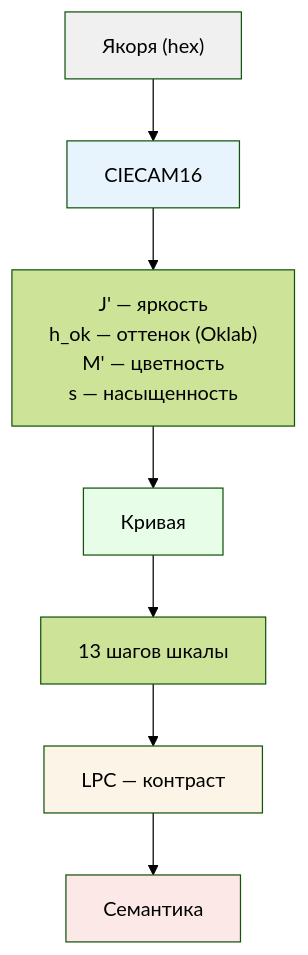
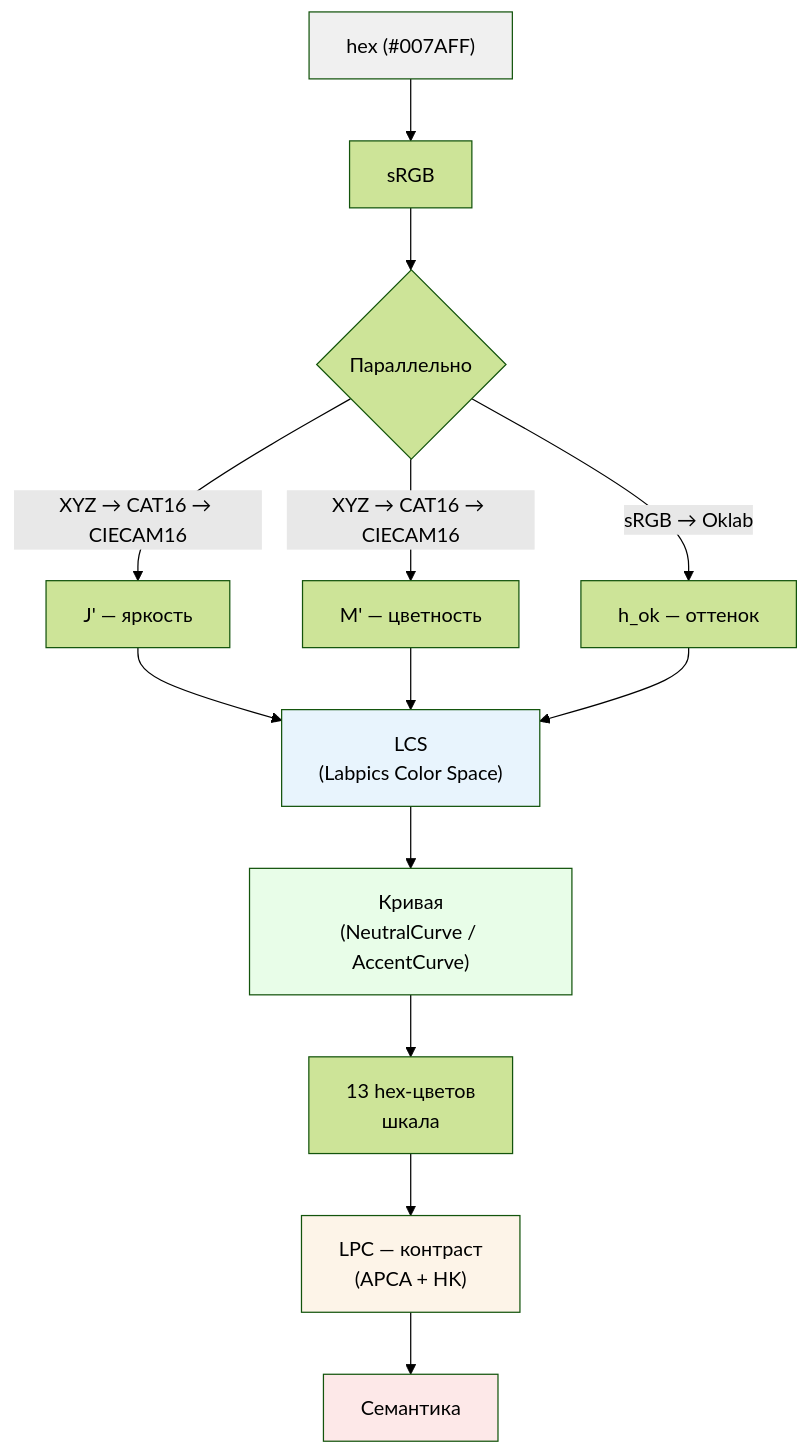
The first of 4 diagrams in README.md (Labpics-Team/lab-colors), drawn with Mermaid (forest theme) before and after one commit. The commit also changed other lines of this file, not shown here.

Commit message:
docs: add LCS (Labpics Color Space) as core concept, explain CAM16-UCS rescaling and Oklab hue split

````diff
--- a/README.md
+++ b/README.md
@@ -19,15 +19,21 @@
 ```mermaid
 graph TD
-    A["Якоря (hex)"] --> B["CIECAM16"]
-    B --> C["J' — яркость\nh_ok — оттенок (Oklab)\nM' — цветность\ns — насыщенность"]
-    C --> D["Кривая"]
-    D --> E["13 шагов шкалы"]
-    E --> F["LPC — контраст"]
-    F --> G["Семантика"]
-    
-    style A fill:#f0f0f0
-    style B fill:#e8f4fd
-    style D fill:#e8fde8
-    style F fill:#fdf4e8
-    style G fill:#fde8e8
+    HEX["hex (#007AFF)"] --> SRGB["sRGB"]
+    SRGB --> FORK{"Параллельно"}
+    FORK -->|"XYZ → CAT16 → CIECAM16"| J["J' — яркость"]
+    FORK -->|"XYZ → CAT16 → CIECAM16"| M["M' — цветность"]
+    FORK -->|"sRGB → Oklab"| HOK["h_ok — оттенок"]
+    J --> LCS["LCS\n(Labpics Color Space)"]
+    M --> LCS
+    HOK --> LCS
+    LCS --> CURVE["Кривая\n(NeutralCurve / AccentCurve)"]
+    CURVE --> STEPS["13 hex-цветов\nшкала"]
+    STEPS --> LPC["LPC — контраст\n(APCA + HK)"]
+    LPC --> SEM["Семантика"]
+
+    style HEX fill:#f0f0f0
+    style LCS fill:#e8f4fd
+    style CURVE fill:#e8fde8
+    style LPC fill:#fdf4e8
+    style SEM fill:#fde8e8
 ```
````
